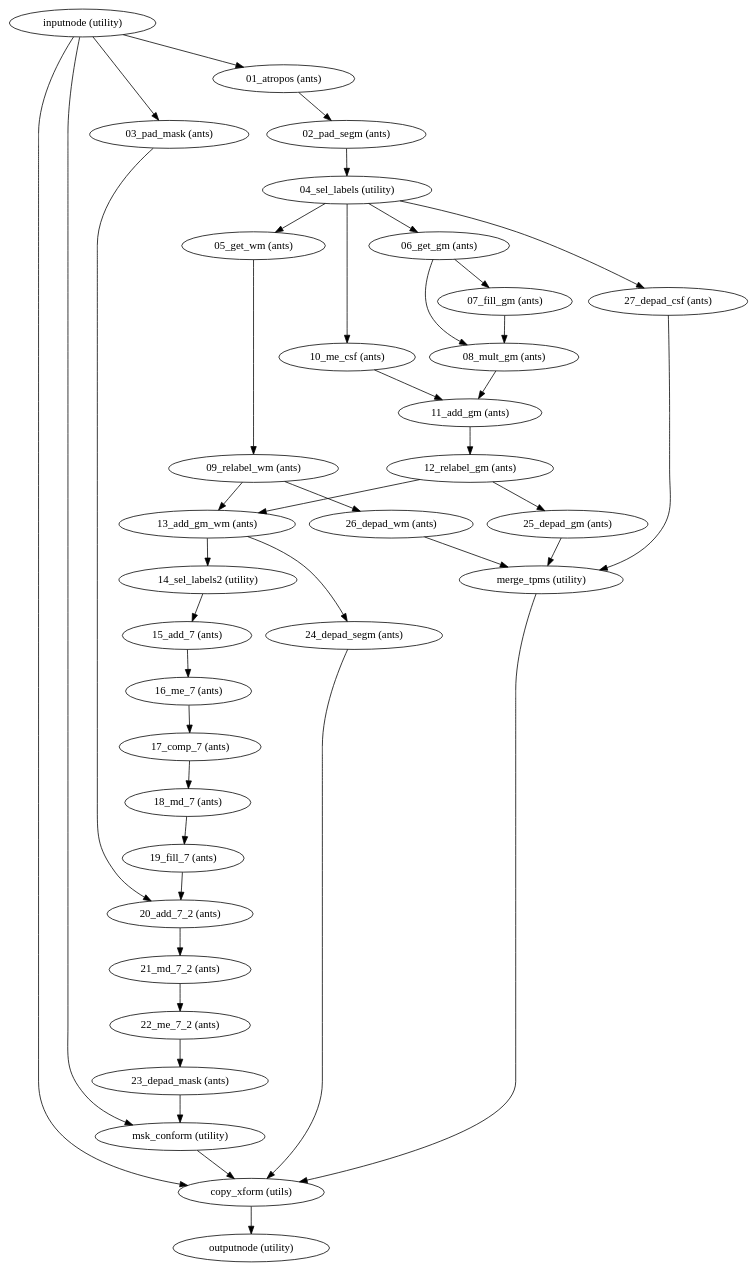
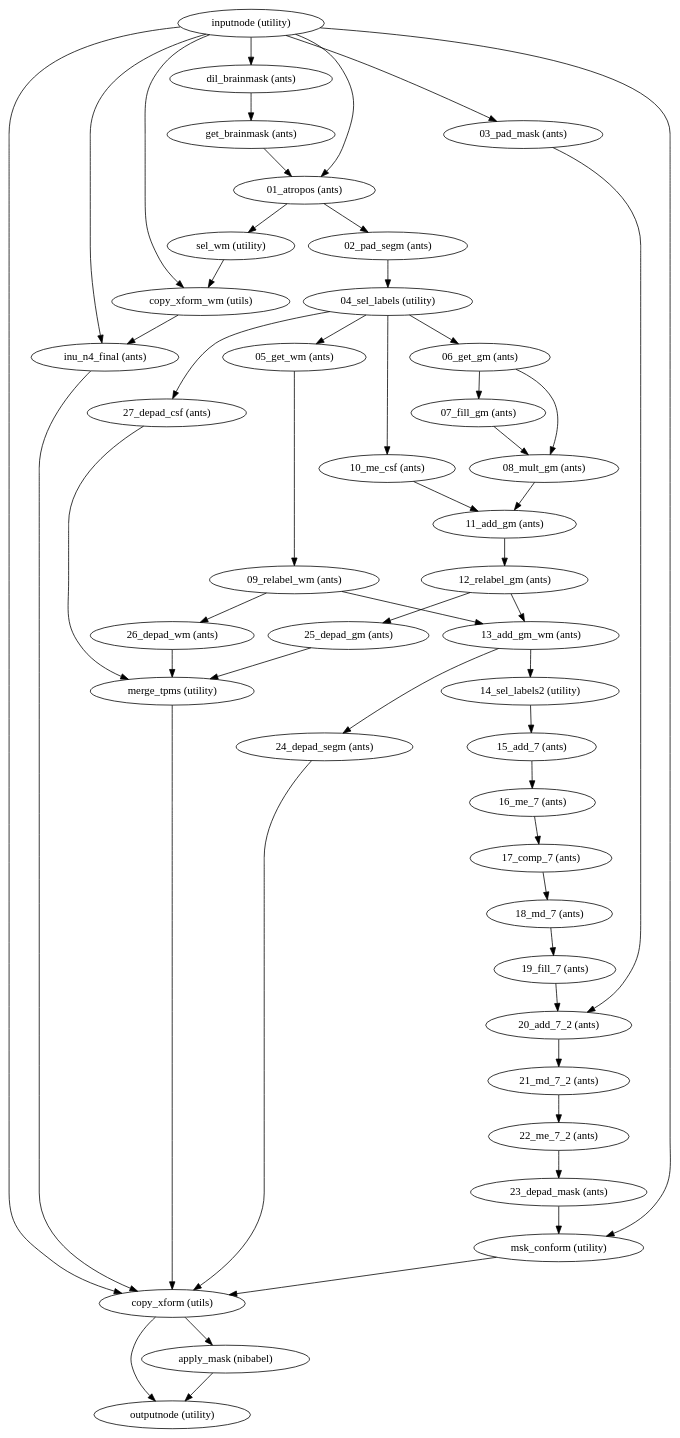
The diagram in 1.1.6/wf_directive/api/atropos_wf/niworkflows-anat-ants-1.dot (notZaki/niworkflows), drawn with Graphviz before and after one commit. The commit also changed 9539 other files, not shown here.

```diff
--- a/1.1.6/wf_directive/api/atropos_wf/niworkflows-anat-ants-1.dot
+++ b/1.1.6/wf_directive/api/atropos_wf/niworkflows-anat-ants-1.dot
@@ -1,75 +1,92 @@
 strict digraph  {
 "inputnode (utility)";
+"dil_brainmask (ants)";
 "copy_xform (utils)";
+"copy_xform_wm (utils)";
 "03_pad_mask (ants)";
 "01_atropos (ants)";
+"inu_n4_final (ants)";
 "msk_conform (utility)";
+"get_brainmask (ants)";
+"apply_mask (nibabel)";
 "outputnode (utility)";
 "20_add_7_2 (ants)";
 "02_pad_segm (ants)";
+"sel_wm (utility)";
 "04_sel_labels (utility)";
 "05_get_wm (ants)";
 "06_get_gm (ants)";
 "10_me_csf (ants)";
 "27_depad_csf (ants)";
 "09_relabel_wm (ants)";
 "07_fill_gm (ants)";
 "08_mult_gm (ants)";
 "11_add_gm (ants)";
 "13_add_gm_wm (ants)";
 "26_depad_wm (ants)";
 "12_relabel_gm (ants)";
 "25_depad_gm (ants)";
 "14_sel_labels2 (utility)";
 "24_depad_segm (ants)";
 "15_add_7 (ants)";
 "16_me_7 (ants)";
 "17_comp_7 (ants)";
 "18_md_7 (ants)";
 "19_fill_7 (ants)";
 "21_md_7_2 (ants)";
 "22_me_7_2 (ants)";
 "23_depad_mask (ants)";
 "merge_tpms (utility)";
+"inputnode (utility)" -> "dil_brainmask (ants)";
 "inputnode (utility)" -> "copy_xform (utils)";
+"inputnode (utility)" -> "copy_xform_wm (utils)";
 "inputnode (utility)" -> "03_pad_mask (ants)";
 "inputnode (utility)" -> "01_atropos (ants)";
+"inputnode (utility)" -> "inu_n4_final (ants)";
 "inputnode (utility)" -> "msk_conform (utility)";
+"dil_brainmask (ants)" -> "get_brainmask (ants)";
+"copy_xform (utils)" -> "apply_mask (nibabel)";
 "copy_xform (utils)" -> "outputnode (utility)";
+"copy_xform_wm (utils)" -> "inu_n4_final (ants)";
 "03_pad_mask (ants)" -> "20_add_7_2 (ants)";
 "01_atropos (ants)" -> "02_pad_segm (ants)";
+"01_atropos (ants)" -> "sel_wm (utility)";
+"inu_n4_final (ants)" -> "copy_xform (utils)";
 "msk_conform (utility)" -> "copy_xform (utils)";
+"get_brainmask (ants)" -> "01_atropos (ants)";
+"apply_mask (nibabel)" -> "outputnode (utility)";
 "20_add_7_2 (ants)" -> "21_md_7_2 (ants)";
 "02_pad_segm (ants)" -> "04_sel_labels (utility)";
+"sel_wm (utility)" -> "copy_xform_wm (utils)";
 "04_sel_labels (utility)" -> "05_get_wm (ants)";
 "04_sel_labels (utility)" -> "06_get_gm (ants)";
 "04_sel_labels (utility)" -> "10_me_csf (ants)";
 "04_sel_labels (utility)" -> "27_depad_csf (ants)";
 "05_get_wm (ants)" -> "09_relabel_wm (ants)";
 "06_get_gm (ants)" -> "07_fill_gm (ants)";
 "06_get_gm (ants)" -> "08_mult_gm (ants)";
 "10_me_csf (ants)" -> "11_add_gm (ants)";
 "27_depad_csf (ants)" -> "merge_tpms (utility)";
 "09_relabel_wm (ants)" -> "13_add_gm_wm (ants)";
 "09_relabel_wm (ants)" -> "26_depad_wm (ants)";
 "07_fill_gm (ants)" -> "08_mult_gm (ants)";
 "08_mult_gm (ants)" -> "11_add_gm (ants)";
 "11_add_gm (ants)" -> "12_relabel_gm (ants)";
 "13_add_gm_wm (ants)" -> "14_sel_labels2 (utility)";
 "13_add_gm_wm (ants)" -> "24_depad_segm (ants)";
 "26_depad_wm (ants)" -> "merge_tpms (utility)";
 "12_relabel_gm (ants)" -> "13_add_gm_wm (ants)";
 "12_relabel_gm (ants)" -> "25_depad_gm (ants)";
 "25_depad_gm (ants)" -> "merge_tpms (utility)";
 "14_sel_labels2 (utility)" -> "15_add_7 (ants)";
 "24_depad_segm (ants)" -> "copy_xform (utils)";
 "15_add_7 (ants)" -> "16_me_7 (ants)";
 "16_me_7 (ants)" -> "17_comp_7 (ants)";
 "17_comp_7 (ants)" -> "18_md_7 (ants)";
 "18_md_7 (ants)" -> "19_fill_7 (ants)";
 "19_fill_7 (ants)" -> "20_add_7_2 (ants)";
 "21_md_7_2 (ants)" -> "22_me_7_2 (ants)";
 "22_me_7_2 (ants)" -> "23_depad_mask (ants)";
 "23_depad_mask (ants)" -> "msk_conform (utility)";
 "merge_tpms (utility)" -> "copy_xform (utils)";
 }
```
